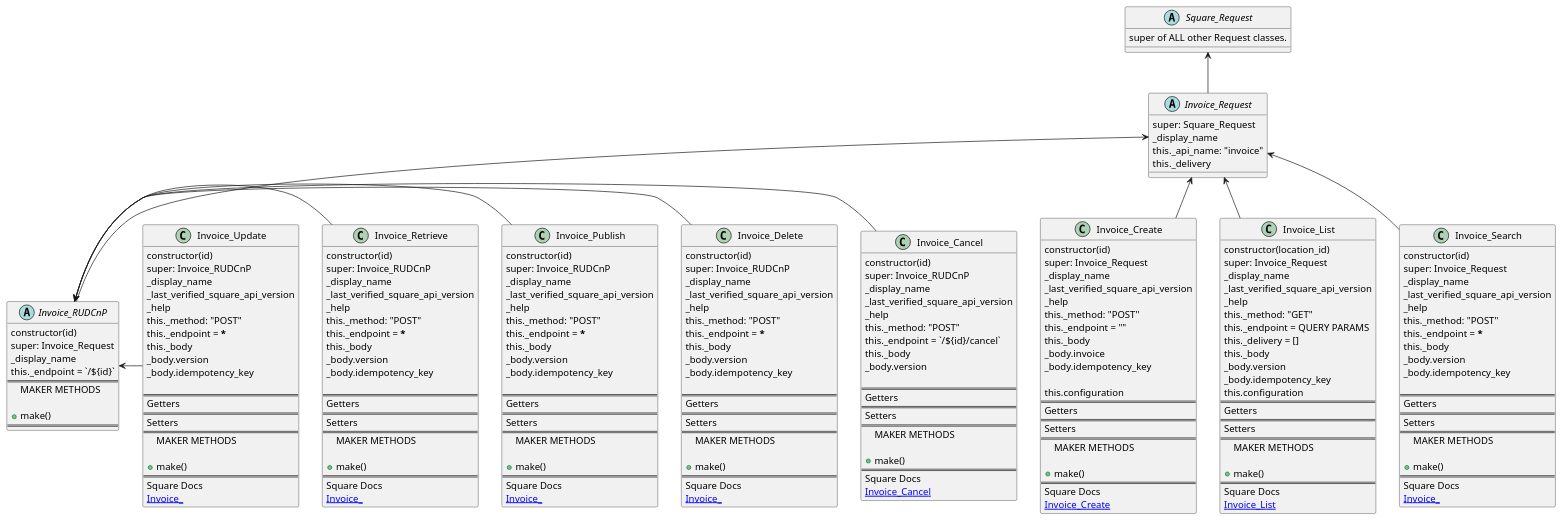
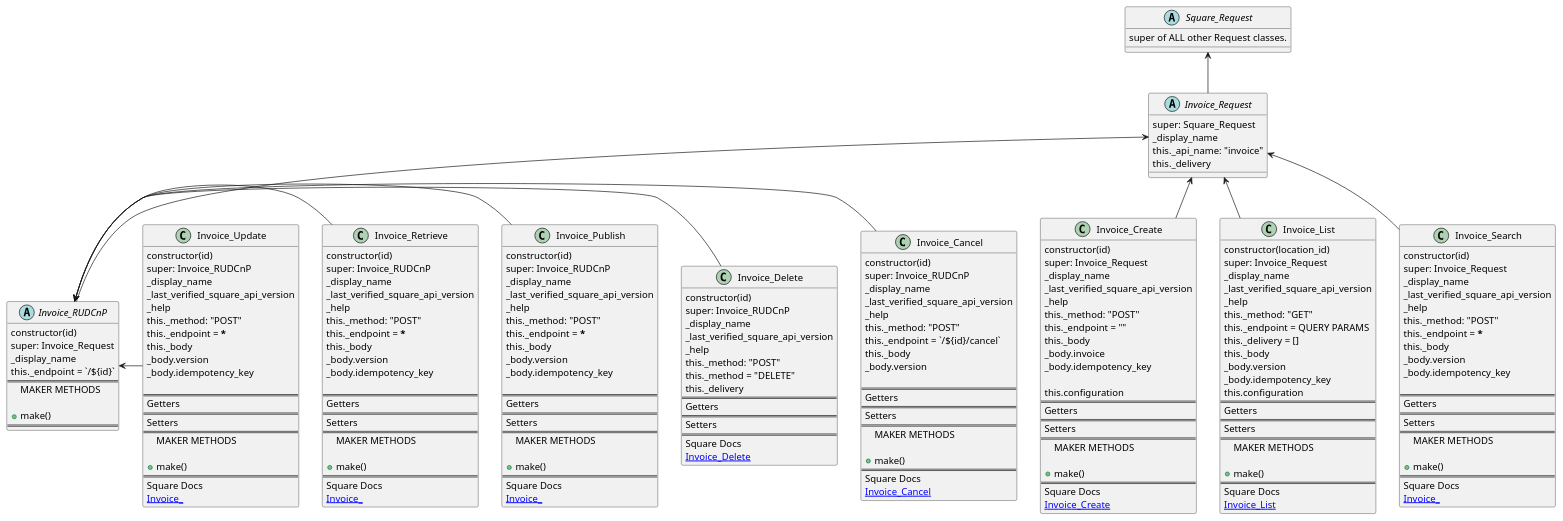
The diagram in docs/uml/pie_invoice_api.puml (TwoFistedJustice/square-pie), drawn with PlantUML before and after one commit.

Commit message:
docs: diagram Delete

```diff
--- a/docs/uml/pie_invoice_api.puml
+++ b/docs/uml/pie_invoice_api.puml
@@ -123,22 +123,15 @@
 _last_verified_square_api_version
 _help
 this._method: "POST"
-this._endpoint = *****
-this._body
-_body.version
-_body.idempotency_key
-
+this._method = "DELETE"
+this._delivery
 ==
 Getters
 ==
 Setters
 ==
-MAKER METHODS
-
-+make()
-==
 Square Docs
-[[ Invoice_ ]]
+[[https://developer.squareup.com/reference/square/invoices-api/delete-invoice Invoice_Delete ]]
 }
 
 class Invoice_Publish {
```
